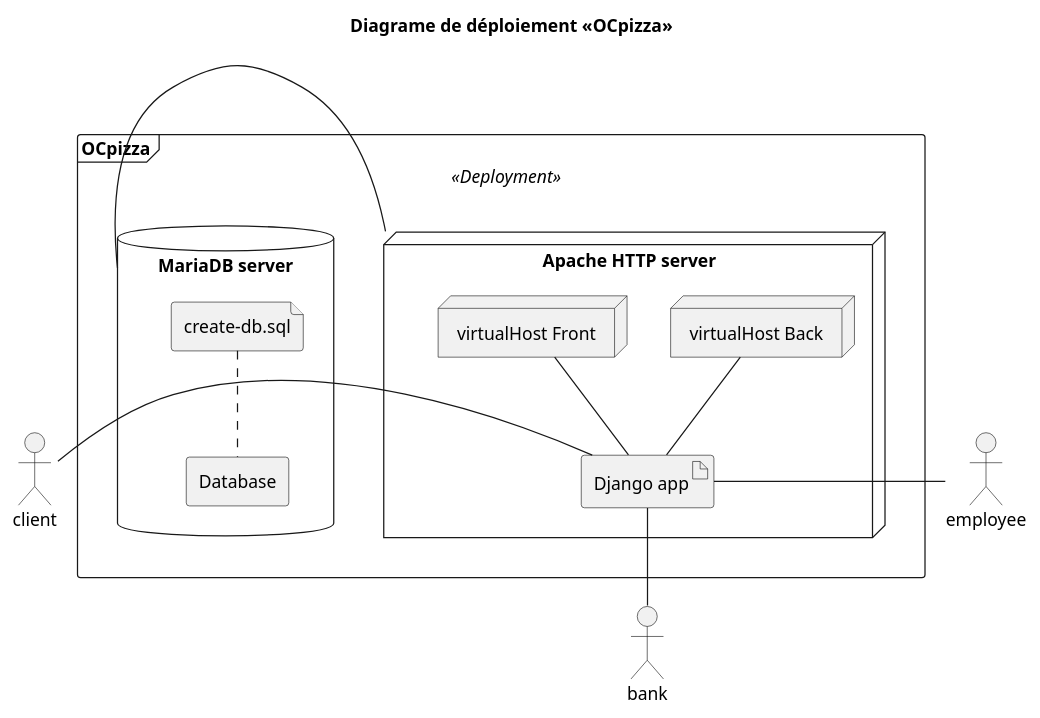
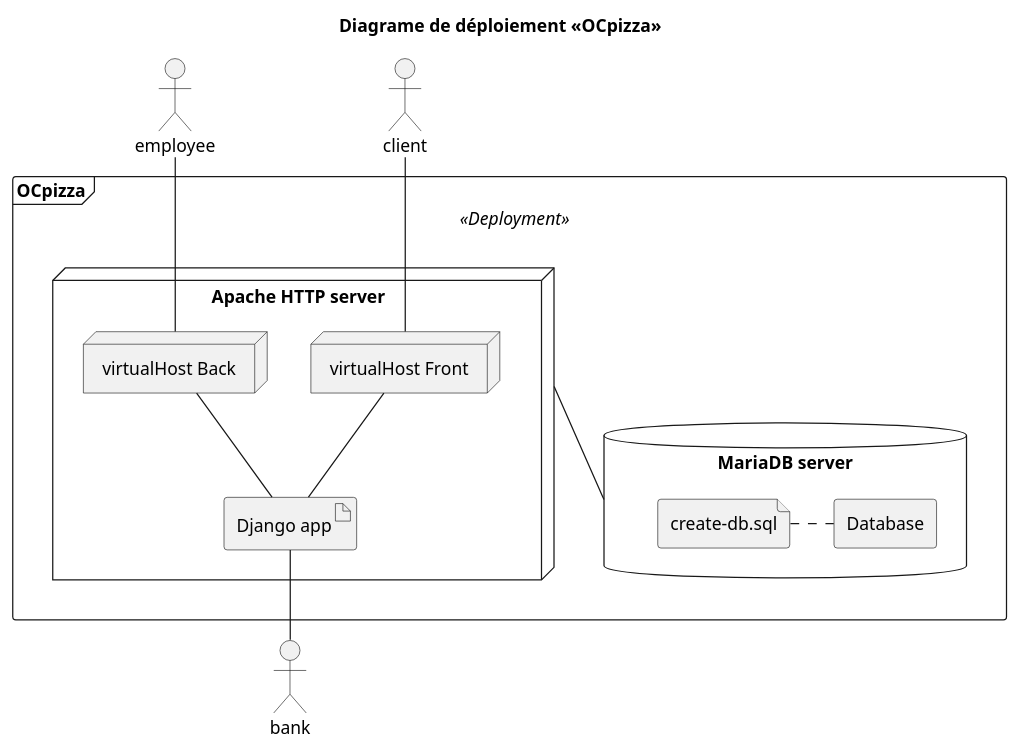
The diagram in src-puml/deployment.puml (freezed/ocp6), drawn with PlantUML before and after one commit. The commit also changed 1 other file, not shown here.

Commit message:
Updates deployement source & diagram

```diff
--- a/src-puml/deployment.puml
+++ b/src-puml/deployment.puml
@@ -1,39 +1,40 @@
 @startuml
 title Diagrame de déploiement «OCpizza»
 
 /' = = = = = = = STYLE = = = = = = = '/
 ' skinparam monochrome true
 ' skinparam linetype ortho
 
 actor "bank"
 actor "employee"
 actor "client"
 
 /' = = = = = = = ARTIFACT = = = = = = = '/
 
 Frame  "OCpizza" <<Deployment>> {
 
     node "Apache HTTP server" as ws {
         node "virtualHost Front" as vhf
         node "virtualHost Back" as vhb
         artifact "Django app" as dapp
     }
 
     database "MariaDB server" as dbs {
         file "create-db.sql" as scriptdb
         rectangle "Database" as db
     }
 }
 
 /' = = = = = = = RELATION = = = = = = = '/
 
 bank -up- dapp
-client - dapp
-employee - dapp
+client -- vhf
+employee -- vhb
 
-ws - dbs
+ws -- dbs
 vhf -- dapp
 dapp -up- vhb
-scriptdb .. db
+
+scriptdb . db
 
 @enduml
```
